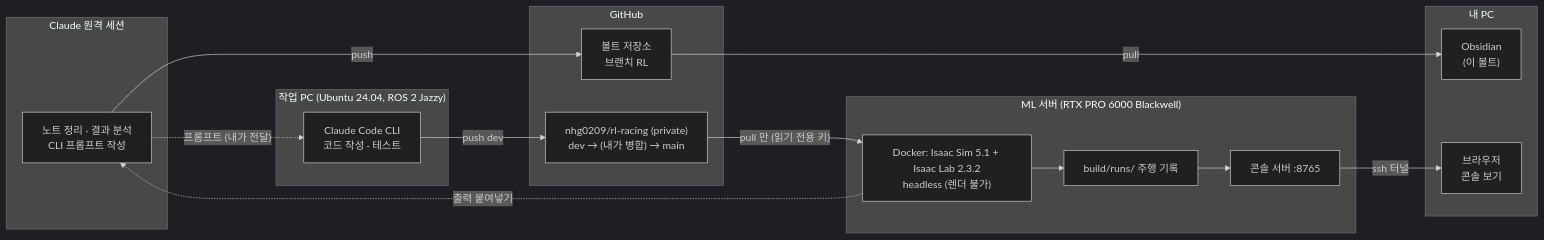
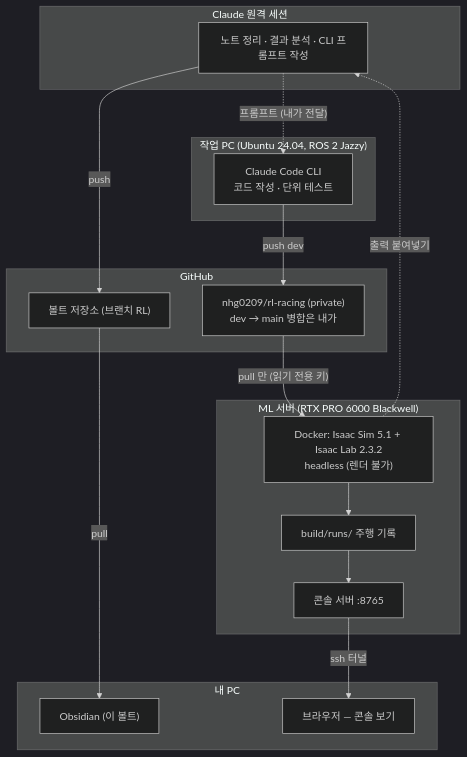
The third of 7 diagrams in MOC/프로젝트 한눈에.md (nhg0209/CLAUDE), drawn with Mermaid (dark theme) before and after one commit. The commit also changed other lines of this file and 1 other file, not shown here.

Commit message:
프로젝트 한눈에: 읽기용 PDF 빌드 스크립트 추가, 4-1 다이어그램을 세로로
Obsidian 밖(앱 미리보기)에서는 수식·콜아웃·그림 경로가 깨져 보여서, 노트 하나를 원본으로 두고
build_pdf.mjs 가 KaTeX·mermaid·Noto Sans KR 로 PDF 를 만든다. 제목이 다이어그램·그림과 떨어지지 않게 묶음.
4-1(컴퓨터와 저장소) 다이어그램은 가로로 길어 글자가 작아져서 위→아래 배치로 바꿈.

Claude-Session: https://claude.ai/code/session_01XsWYRXCQbLf9Rv8aSiuy9K

````diff
--- a/MOC/프로젝트 한눈에.md
+++ b/MOC/프로젝트 한눈에.md
@@ -228,29 +231,30 @@
 ```mermaid
-flowchart LR
-    subgraph USERPC["내 PC"]
-        OBS["Obsidian<br/>(이 볼트)"]
-        BR["브라우저<br/>콘솔 보기"]
-    end
+flowchart TB
     subgraph CLAUDE["Claude 원격 세션"]
-        NOTE["노트 정리 · 결과 분석<br/>CLI 프롬프트 작성"]
+        NOTE["노트 정리 · 결과 분석 · CLI 프롬프트 작성"]
     end
     subgraph WORKPC["작업 PC (Ubuntu 24.04, ROS 2 Jazzy)"]
-        CLI["Claude Code CLI<br/>코드 작성 · 테스트"]
+        CLI["Claude Code CLI<br/>코드 작성 · 단위 테스트"]
     end
     subgraph GH["GitHub"]
-        VAULT["볼트 저장소<br/>브랜치 RL"]
-        REPO["nhg0209/rl-racing (private)<br/>dev → (내가 병합) → main"]
+        VAULT["볼트 저장소 (브랜치 RL)"]
+        REPO["nhg0209/rl-racing (private)<br/>dev → main 병합은 내가"]
     end
     subgraph SERVER["ML 서버 (RTX PRO 6000 Blackwell)"]
         DOCKER["Docker: Isaac Sim 5.1 + Isaac Lab 2.3.2<br/>headless (렌더 불가)"]
         RUNS["build/runs/ 주행 기록"]
         CONSOLE["콘솔 서버 :8765"]
     end
-    NOTE -->|"push"| VAULT -->|"pull"| OBS
+    subgraph USERPC["내 PC"]
+        OBS["Obsidian (이 볼트)"]
+        BR["브라우저 — 콘솔 보기"]
+    end
     NOTE -.->|"프롬프트 (내가 전달)"| CLI
+    NOTE -->|"push"| VAULT
     CLI -->|"push dev"| REPO
     REPO -->|"pull 만 (읽기 전용 키)"| DOCKER
     DOCKER --> RUNS --> CONSOLE
+    VAULT -->|"pull"| OBS
     CONSOLE -->|"ssh 터널"| BR
     DOCKER -.->|"출력 붙여넣기"| NOTE
 ```
````
